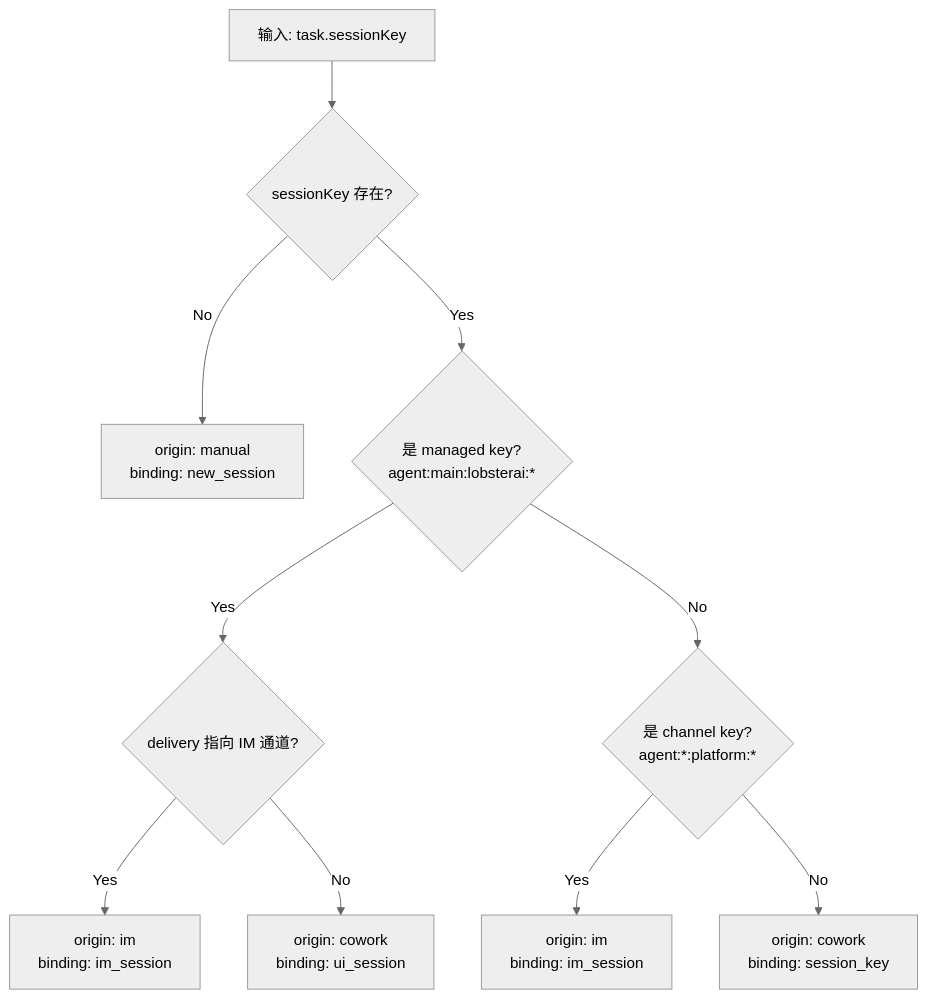
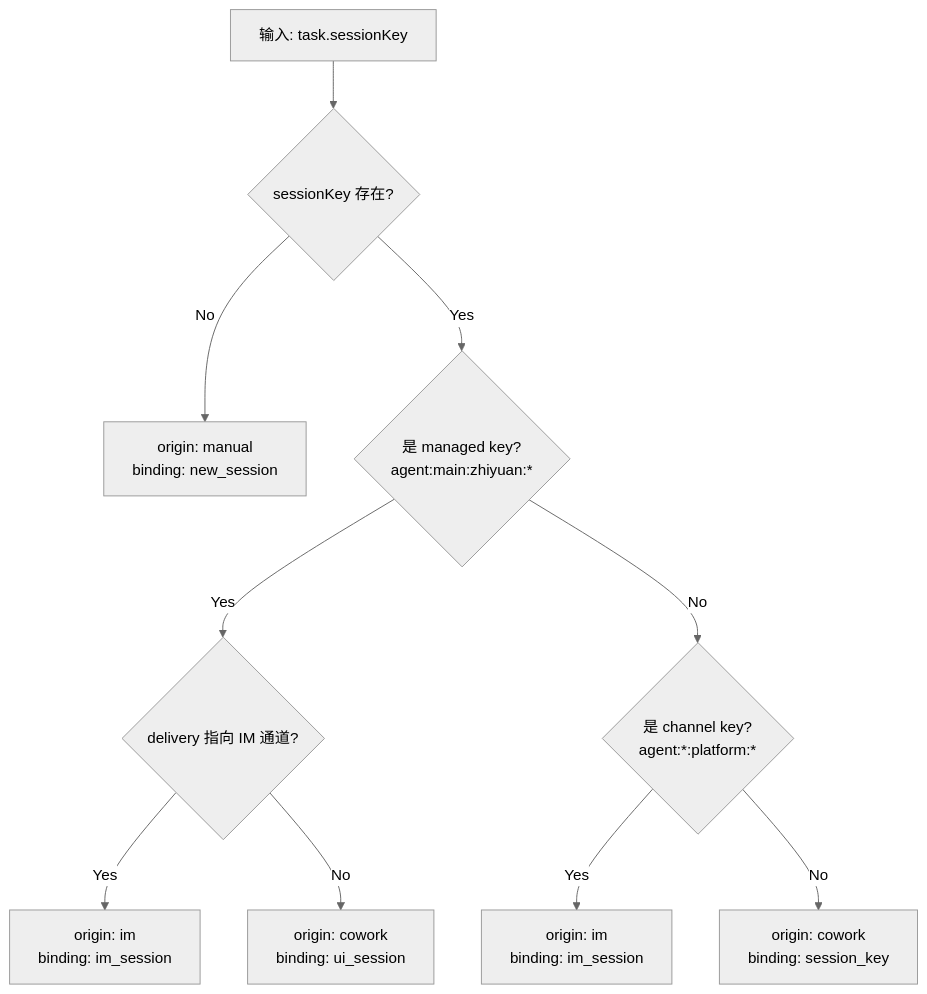
One commit to rongxinzy/RongxinAI changed the fourth of 14 diagrams in src/scheduledTask/design.md. Above: the diagram before and after it, drawn with Mermaid (neutral theme). The commit also changed other lines of this file and 213 other files, not shown here.

````diff
--- a/src/scheduledTask/design.md
+++ b/src/scheduledTask/design.md
@@ -307,12 +307,12 @@
 ```mermaid
 flowchart TD
     A["输入: task.sessionKey"] --> B{sessionKey 存在?}
     B -->|No| G["origin: manual<br/>binding: new_session"]
-    B -->|Yes| C{是 managed key?<br/>agent:main:lobsterai:*}
+    B -->|Yes| C{是 managed key?<br/>agent:main:zhiyuan:*}
     C -->|Yes| D{delivery 指向 IM 通道?}
     D -->|Yes| E["origin: im<br/>binding: im_session"]
     D -->|No| F["origin: cowork<br/>binding: ui_session"]
     C -->|No| H{是 channel key?<br/>agent:*:platform:*}
     H -->|Yes| I["origin: im<br/>binding: im_session"]
     H -->|No| J["origin: cowork<br/>binding: session_key"]
 ```
````
